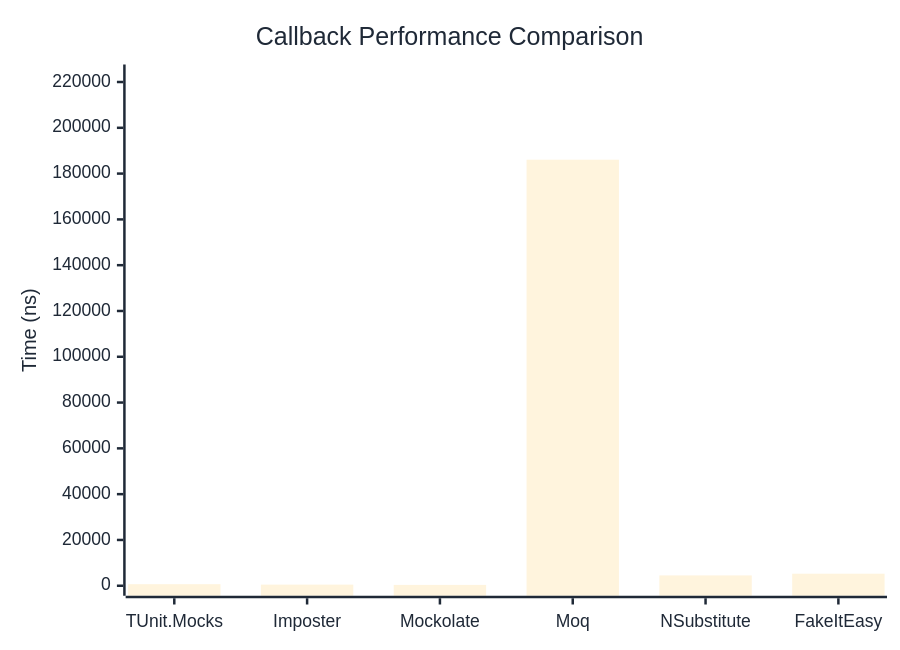
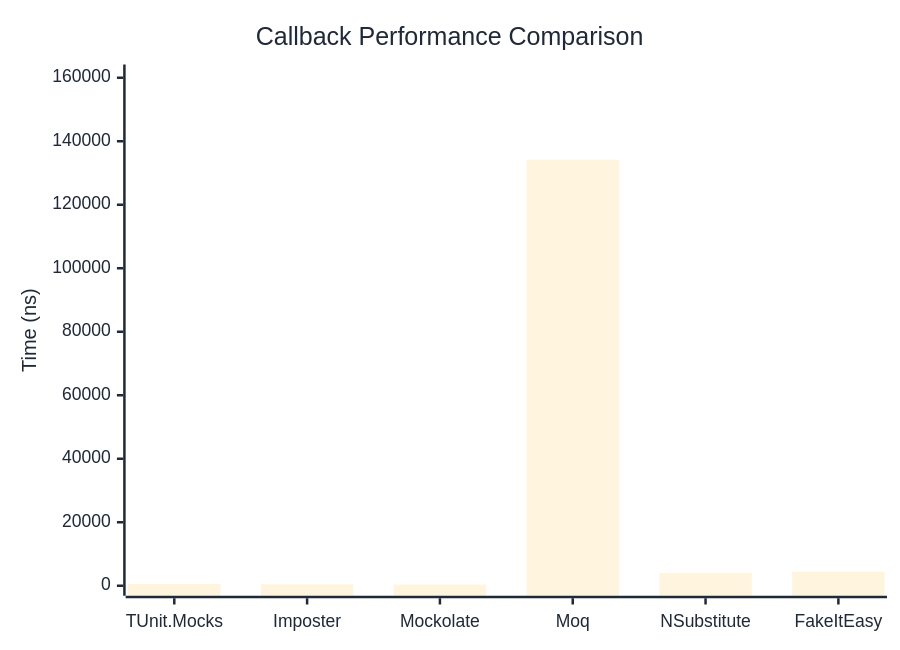
Before and after one commit to thomhurst/TUnit: the first of 2 diagrams in docs/docs/benchmarks/mocks/Callback.md, drawn with Mermaid. The commit also changed other lines of this file and 14 other files, not shown here.

````diff
--- a/docs/docs/benchmarks/mocks/Callback.md
+++ b/docs/docs/benchmarks/mocks/Callback.md
@@ -28,27 +28,27 @@
 ```mermaid
 %%{init: {
   'theme':'base',
   'themeVariables': {
     'primaryColor': '#2563eb',
     'primaryTextColor': '#1f2937',
     'primaryBorderColor': '#1e40af',
     'lineColor': '#6b7280',
     'secondaryColor': '#7c3aed',
     'tertiaryColor': '#dc2626',
     'background': '#ffffff',
     'pie1': '#2563eb',
     'pie2': '#7c3aed',
     'pie3': '#dc2626',
     'pie4': '#f59e0b',
     'pie5': '#10b981',
     'pie6': '#06b6d4',
     'pie7': '#ec4899',
     'pie8': '#6366f1'
   }
 }}%%
 xychart-beta
   title "Callback Performance Comparison"
   x-axis ["TUnit.Mocks", "Imposter", "Mockolate", "Moq", "NSubstitute", "FakeItEasy"]
-  y-axis "Time (ns)" 0 --> 223276
-  bar [680.3, 491.2, 376, 186063, 4514.6, 5261.9]
+  y-axis "Time (ns)" 0 --> 161023
+  bar [595.3, 456.7, 343.6, 134185.1, 4037.1, 4430.2]
 ```
````
